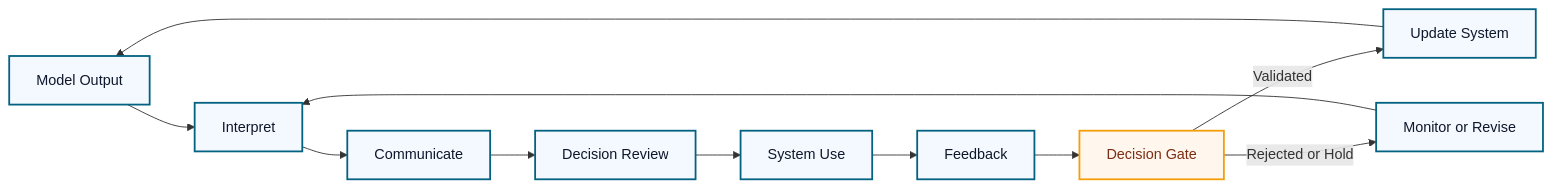
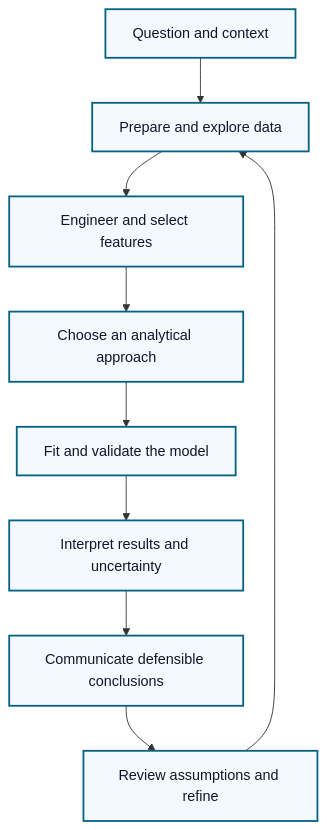
One commit to datainsights/applied-data-science changed the diagram in 00-preface.qmd. Above: the diagram before and after it, drawn with Mermaid. The commit also changed other lines of this file and 25 other files, not shown here.

Commit message:
Revise advanced data science repo, drop systems,

````diff
--- a/00-preface.qmd
+++ b/00-preface.qmd
@@ -183,24 +63,14 @@
 ```{mermaid}
-flowchart LR
-
-  A[Model Output] --> B[Interpret]
-  B --> C[Communicate]
-  C --> D[Decision Review]
-  D --> E[System Use]
-
-  E --> F[Feedback]
-
-  F --> G[Decision Gate]
-
-  G -->|Validated| H[Update System]
-  G -->|Rejected or Hold| I[Monitor or Revise]
-
-  H --> A
-  I --> B
+flowchart TB
+  A[Question and context] --> B[Prepare and explore data]
+  B --> C[Engineer and select features]
+  C --> D[Choose an analytical approach]
+  D --> E[Fit and validate the model]
+  E --> F[Interpret results and uncertainty]
+  F --> G[Communicate defensible conclusions]
+  G --> H[Review assumptions and refine]
+  H --> B
 
   classDef stage fill:#f4f8ff,stroke:#036281,stroke-width:2px,color:#0f172a;
-  classDef decision fill:#fff7ed,stroke:#f59e0b,stroke-width:2px,color:#7c2d12;
-
-  class A,B,C,D,E,F,H,I stage;
-  class G decision;
+  class A,B,C,D,E,F,G,H stage;
 ```
````
